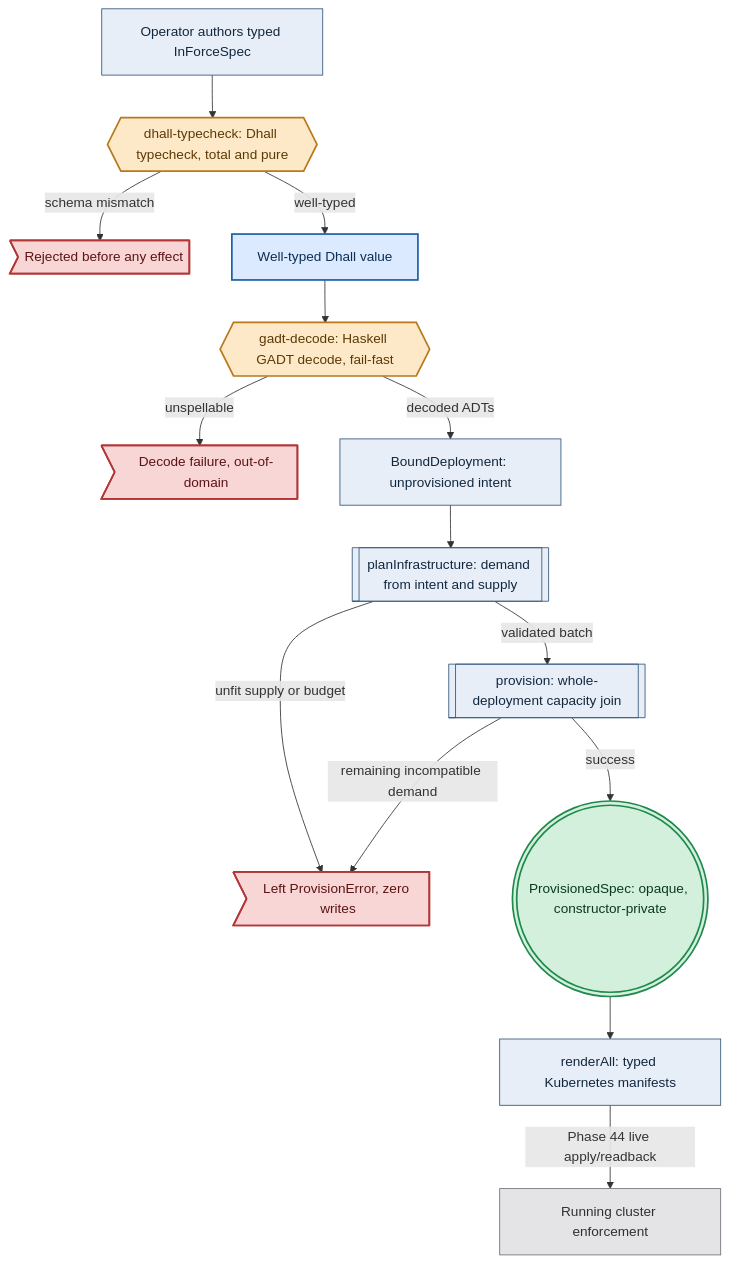
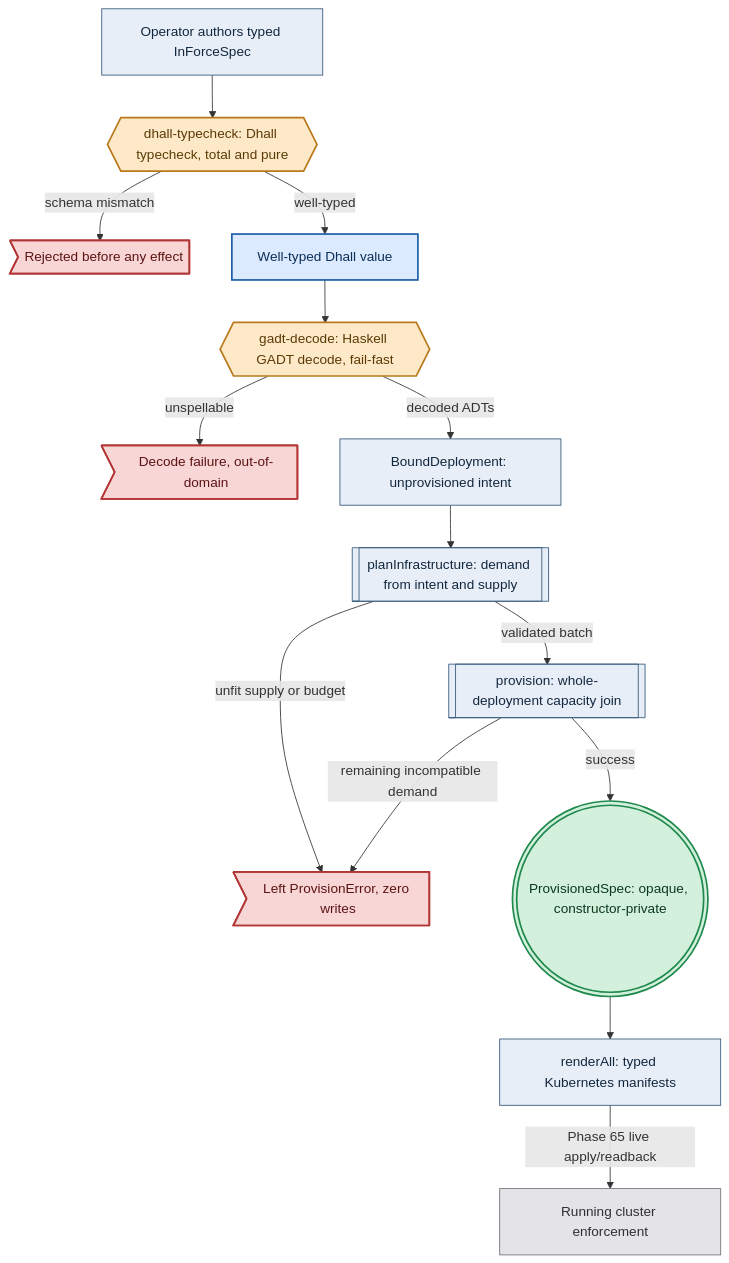
One commit to Tuee22/amoebius changed the fourth of 4 diagrams in documents/engineering/dsl_doctrine.md. Above: the diagram before and after it, drawn with Mermaid. The commit also changed other lines of this file and 345 other files, not shown here.

````diff
--- a/documents/engineering/dsl_doctrine.md
+++ b/documents/engineering/dsl_doctrine.md
@@ -608,38 +628,38 @@
 ```mermaid
 flowchart TD
 %% register: algebra
   author["Operator authors typed InForceSpec"]:::intent
   g1{{"dhall-typecheck: Dhall typecheck, total and pure"}}:::gate
   typed["Well-typed Dhall value"]:::provenPB
   g2{{"gadt-decode: Haskell GADT decode, fail-fast"}}:::gate
   bound["BoundDeployment: unprovisioned intent"]:::intent
   plan[["planInfrastructure: demand from intent and supply"]]:::intent
   prov[["provision: whole-deployment capacity join"]]:::intent
   sealed((("ProvisionedSpec: opaque, constructor-private"))):::seal
   render["renderAll: typed Kubernetes manifests"]:::intent
   live["Running cluster enforcement"]:::runtime
   rej1>"Rejected before any effect"]:::refuse
   rej2>"Decode failure, out-of-domain"]:::refuse
   rej3>"Left ProvisionError, zero writes"]:::refuse
   author --> g1
   g1 -->|"schema mismatch"| rej1
   g1 -->|"well-typed"| typed
   typed --> g2
   g2 -->|"unspellable"| rej2
   g2 -->|"decoded ADTs"| bound
   bound --> plan
   plan -->|"unfit supply or budget"| rej3
   plan -->|"validated batch"| prov
   prov -->|"remaining incompatible demand"| rej3
   prov -->|"success"| sealed
   sealed --> render
-  render -->|"Phase 44 live apply/readback"| live
+  render -->|"Phase 65 live apply/readback"| live
   classDef intent   fill:#e8eef7,stroke:#33587a,color:#12283f,stroke-width:1px
   classDef provenPB fill:#dbeafe,stroke:#1e5fa8,color:#0b2f57,stroke-width:2px
   classDef gate     fill:#fde9c8,stroke:#b8791b,color:#5c3a06,stroke-width:2px
   classDef decision fill:#fdf3d8,stroke:#b8791b,color:#5c3a06,stroke-width:1px
   classDef effect   fill:#e7ddf5,stroke:#6b3fa0,color:#2f1a52,stroke-width:2px
   classDef seal     fill:#d3f0dd,stroke:#1f8a4c,color:#0c3a1f,stroke-width:2px
   classDef refuse   fill:#f8d6d6,stroke:#b23636,color:#5c1414,stroke-width:2px
   classDef runtime  fill:#e4e4e7,stroke:#71717a,color:#2f2f35,stroke-width:1px
 ```
````
